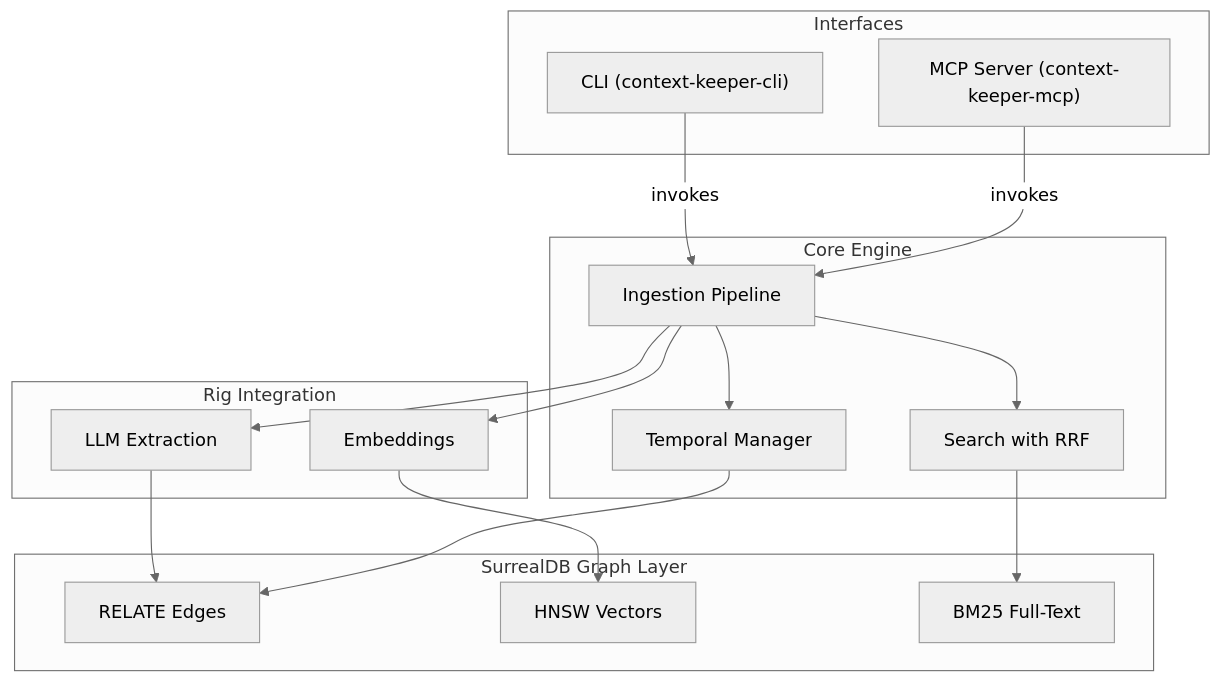
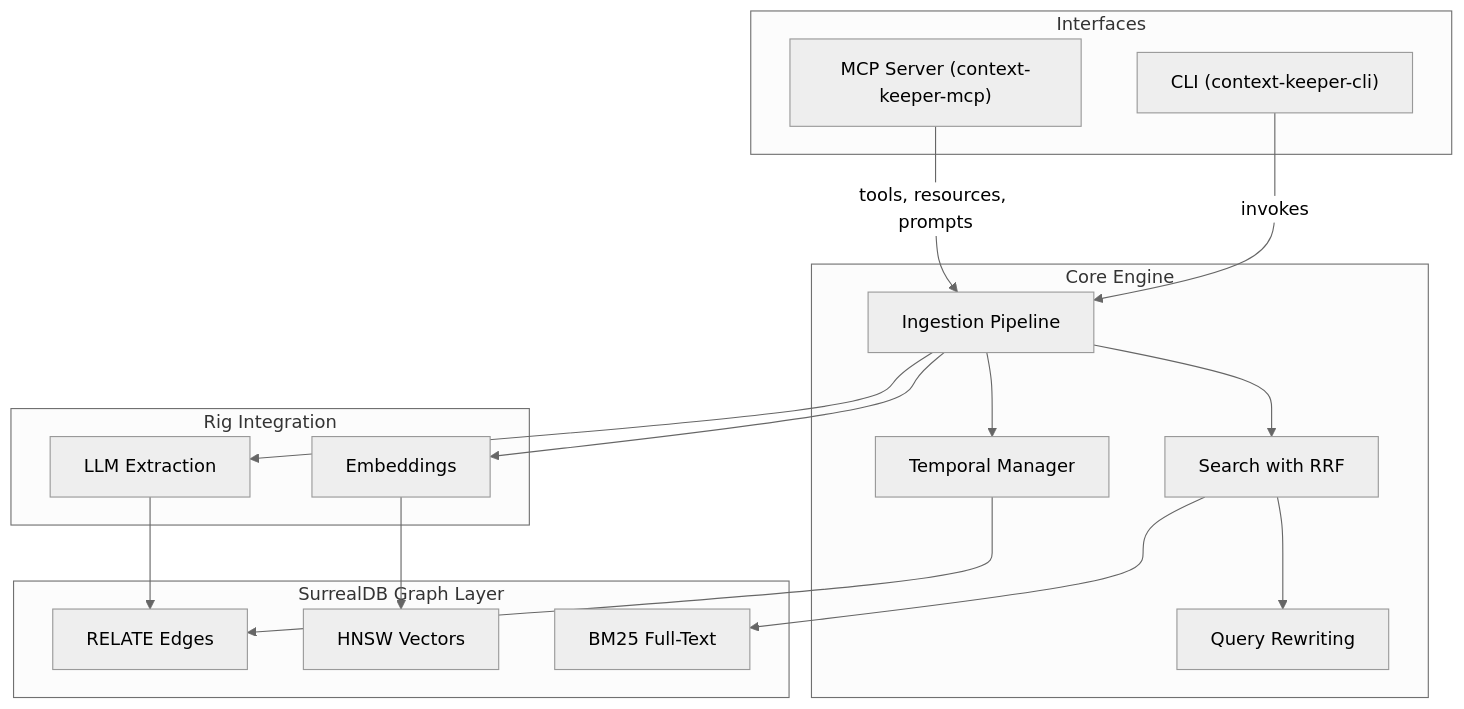
Before and after one commit to mindbend0x/context-keeper: the diagram in README.md, drawn with Mermaid (neutral theme). The commit also changed other lines of this file and 2 other files, not shown here.

````diff
--- a/README.md
+++ b/README.md
@@ -156,35 +204,37 @@
 ```mermaid
 graph TD
   subgraph interfaces [Interfaces]
     CLI["CLI (context-keeper-cli)"]
     MCP["MCP Server (context-keeper-mcp)"]
   end
 
   subgraph core [Core Engine]
     INGESTION["Ingestion Pipeline"]
     TEMPORAL["Temporal Manager"]
     SEARCH["Search with RRF"]
+    REWRITE["Query Rewriting"]
   end
 
   subgraph rig [Rig Integration]
     LLM["LLM Extraction"]
     EMBED["Embeddings"]
   end
 
   subgraph surreal [SurrealDB Graph Layer]
     RELATE["RELATE Edges"]
     VECTORS["HNSW Vectors"]
     BM25["BM25 Full-Text"]
   end
 
   CLI -->|invokes| INGESTION
-  MCP -->|invokes| INGESTION
+  MCP -->|tools, resources, prompts| INGESTION
   INGESTION --> TEMPORAL
   INGESTION --> SEARCH
   INGESTION --> LLM
   INGESTION --> EMBED
+  SEARCH --> REWRITE
   LLM --> RELATE
   EMBED --> VECTORS
   SEARCH --> BM25
   TEMPORAL --> RELATE
 ```
````
